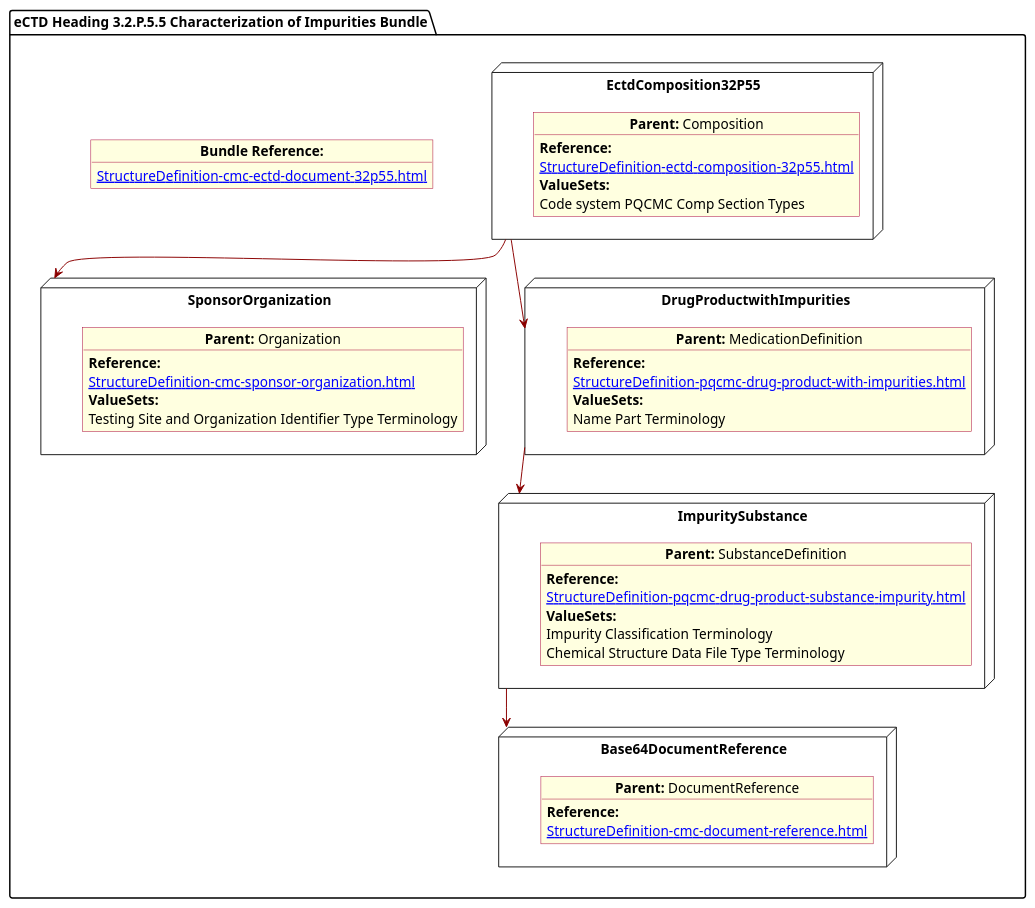
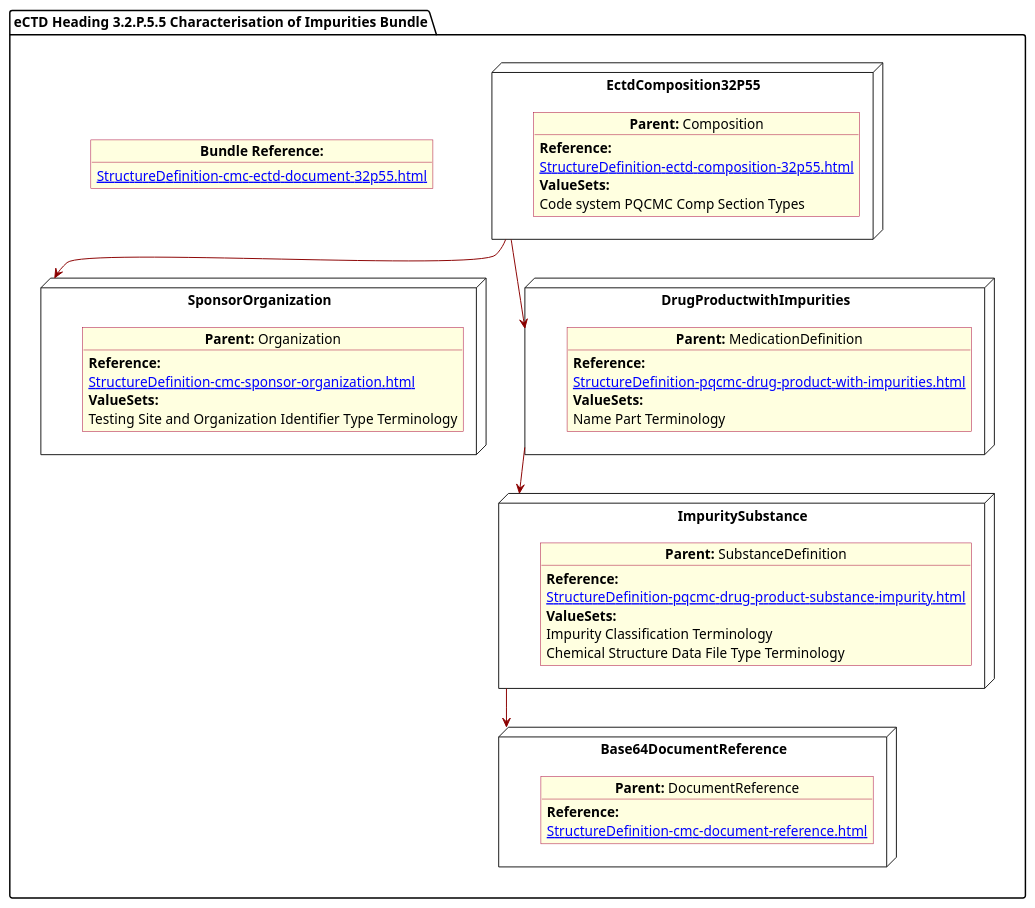
The diagram in input/images-source/CharacImprity.plantuml (HL7/FHIR-us-pq-cmc-fda), drawn with PlantUML before and after one commit. The commit also changed 13 other files, not shown here.

```diff
--- a/input/images-source/CharacImprity.plantuml
+++ b/input/images-source/CharacImprity.plantuml
@@ -1,74 +1,74 @@
 @startuml CharacImprity
 allowmixing
 'Mixed model of use case and object
 skinparam svgDimensionStyle false
 skinparam ObjectBackgroundColor LightYellow
 skinparam ObjectBorderColor #A80036
 skinparam activityDiamondBorderColor #A80036
 skinparam activityDiamondBackgroundColor lawnGreen
 skinparam ClassBorderThickness 4
 
-package "eCTD Heading 3.2.P.5.5 Characterization of Impurities Bundle" as NODES {
+package "eCTD Heading 3.2.P.5.5 Characterisation of Impurities Bundle" as NODES {
 
   object "**Bundle Reference:**" as objbun {
     [[StructureDefinition-cmc-ectd-document-32p55.html]]
   }
 
 
   node "EctdComposition32P55" as N1 {
 
     object "**Parent:** Composition" as obj1 {
       **Reference:**
       [[StructureDefinition-ectd-composition-32p55.html]]
       **ValueSets:**
       Code system PQCMC Comp Section Types
     }
   }
   node "Base64DocumentReference" as NB64 {
 
     object "**Parent:** DocumentReference"  as obj64 {
 
       **Reference:**
       [[StructureDefinition-cmc-document-reference.html]]
     }
 
   }
   node "SponsorOrganization" as NSO {
 
     object "**Parent:** Organization" as objAu {
       **Reference:**
       [[StructureDefinition-cmc-sponsor-organization.html]]
       **ValueSets:**
       Testing Site and Organization Identifier Type Terminology
     }
   }
 
 
   node "DrugProductwithImpurities" as NN {
 
     object "**Parent:** MedicationDefinition" as obj3 {
 
       **Reference:**
       [[StructureDefinition-pqcmc-drug-product-with-impurities.html]]
       **ValueSets:**
       Name Part Terminology
     }
   }
 
    node "ImpuritySubstance" as N6 {
 
     object "**Parent:** SubstanceDefinition" as obj2 {
       **Reference:**
       [[StructureDefinition-pqcmc-drug-product-substance-impurity.html]]
       **ValueSets:**
       Impurity Classification Terminology
       Chemical Structure Data File Type Terminology
     }
    }
   N1 -[#darkred]-> NSO
   NN -[#darkred]-> N6
   N1 -[#darkred]-> NN
   N6 -[#darkred]-> NB64
 
 }
 @enduml
```
